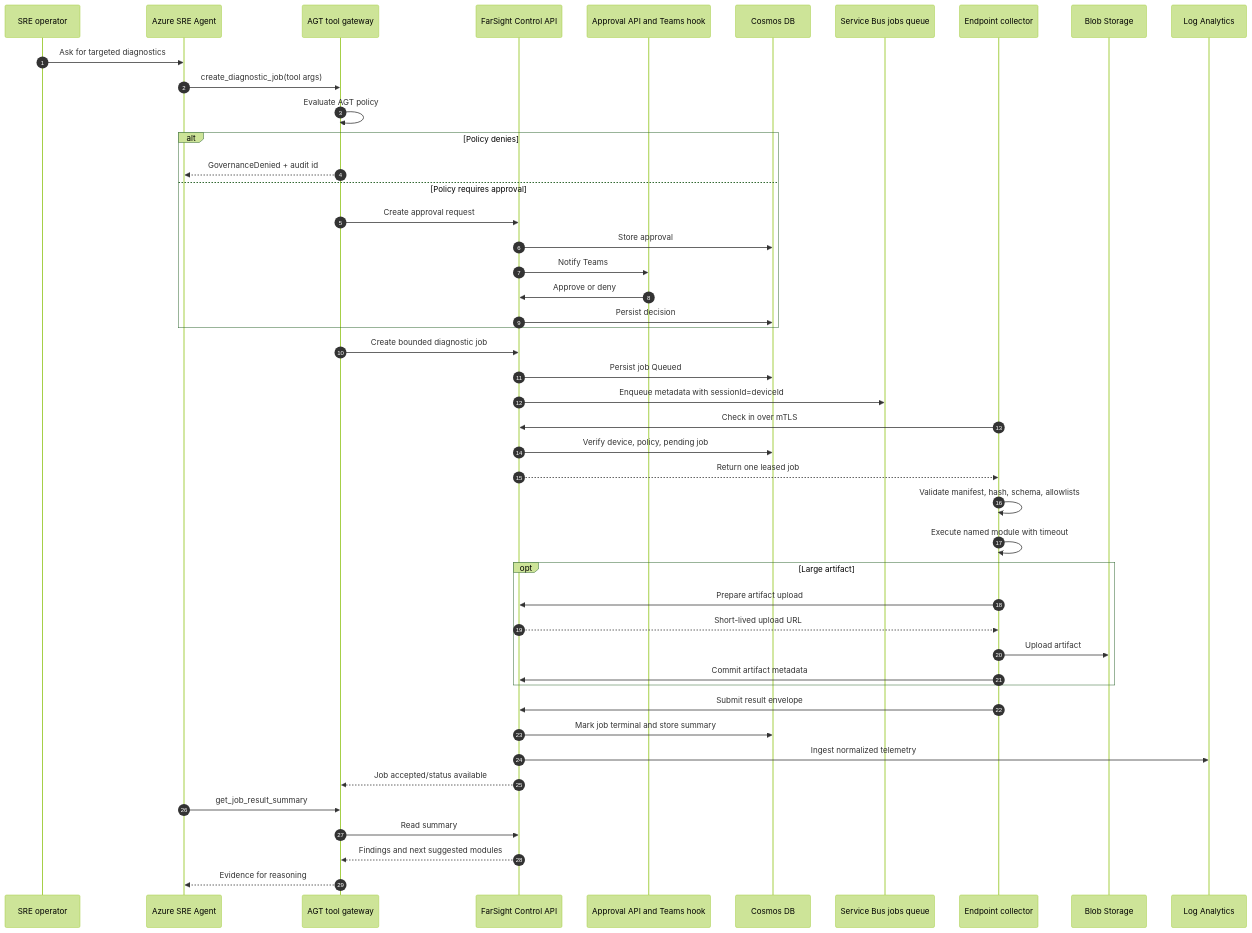
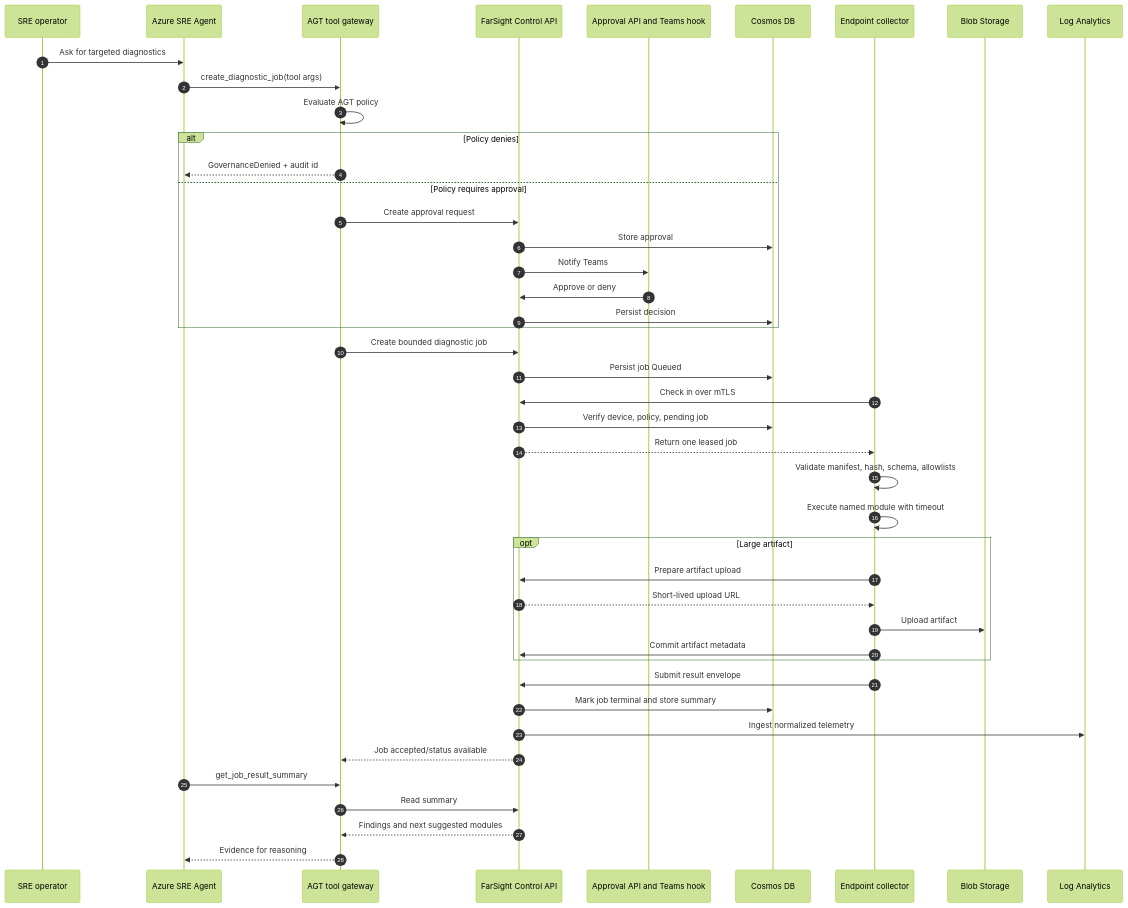
One commit to MikeCer/agent-azure-farsight changed the second of 7 diagrams in docs/architecture/architecture-diagrams.md. Above: the diagram before and after it, drawn with Mermaid (forest theme). The commit also changed other lines of this file and 4 other files, not shown here.

````diff
--- a/docs/architecture/architecture-diagrams.md
+++ b/docs/architecture/architecture-diagrams.md
@@ -59,49 +57,47 @@
 ```mermaid
 sequenceDiagram
     autonumber
     participant Op as SRE operator
     participant SRE as Azure SRE Agent
     participant AGT as AGT tool gateway
     participant API as FarSight Control API
     participant Approvals as Approval API and Teams hook
     participant Cosmos as Cosmos DB
-    participant SB as Service Bus jobs queue
     participant Collector as Endpoint collector
     participant Blob as Blob Storage
     participant LA as Log Analytics
 
     Op->>SRE: Ask for targeted diagnostics
     SRE->>AGT: create_diagnostic_job(tool args)
     AGT->>AGT: Evaluate AGT policy
     alt Policy denies
         AGT-->>SRE: GovernanceDenied + audit id
     else Policy requires approval
         AGT->>API: Create approval request
         API->>Cosmos: Store approval
         API->>Approvals: Notify Teams
         Approvals->>API: Approve or deny
         API->>Cosmos: Persist decision
     end
     AGT->>API: Create bounded diagnostic job
     API->>Cosmos: Persist job Queued
-    API->>SB: Enqueue metadata with sessionId=deviceId
     Collector->>API: Check in over mTLS
     API->>Cosmos: Verify device, policy, pending job
     API-->>Collector: Return one leased job
     Collector->>Collector: Validate manifest, hash, schema, allowlists
     Collector->>Collector: Execute named module with timeout
     opt Large artifact
         Collector->>API: Prepare artifact upload
         API-->>Collector: Short-lived upload URL
         Collector->>Blob: Upload artifact
         Collector->>API: Commit artifact metadata
     end
     Collector->>API: Submit result envelope
     API->>Cosmos: Mark job terminal and store summary
     API->>LA: Ingest normalized telemetry
     API-->>AGT: Job accepted/status available
     SRE->>AGT: get_job_result_summary
     AGT->>API: Read summary
     API-->>AGT: Findings and next suggested modules
     AGT-->>SRE: Evidence for reasoning
 ```
````
